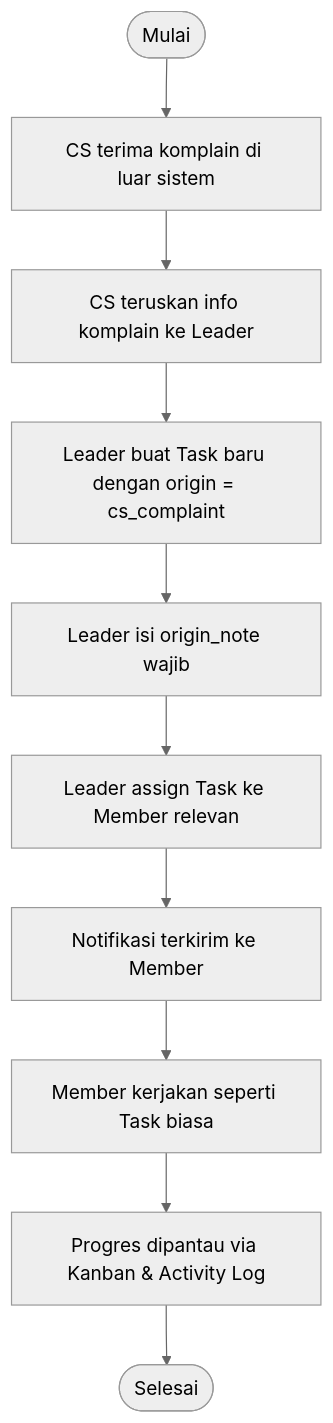
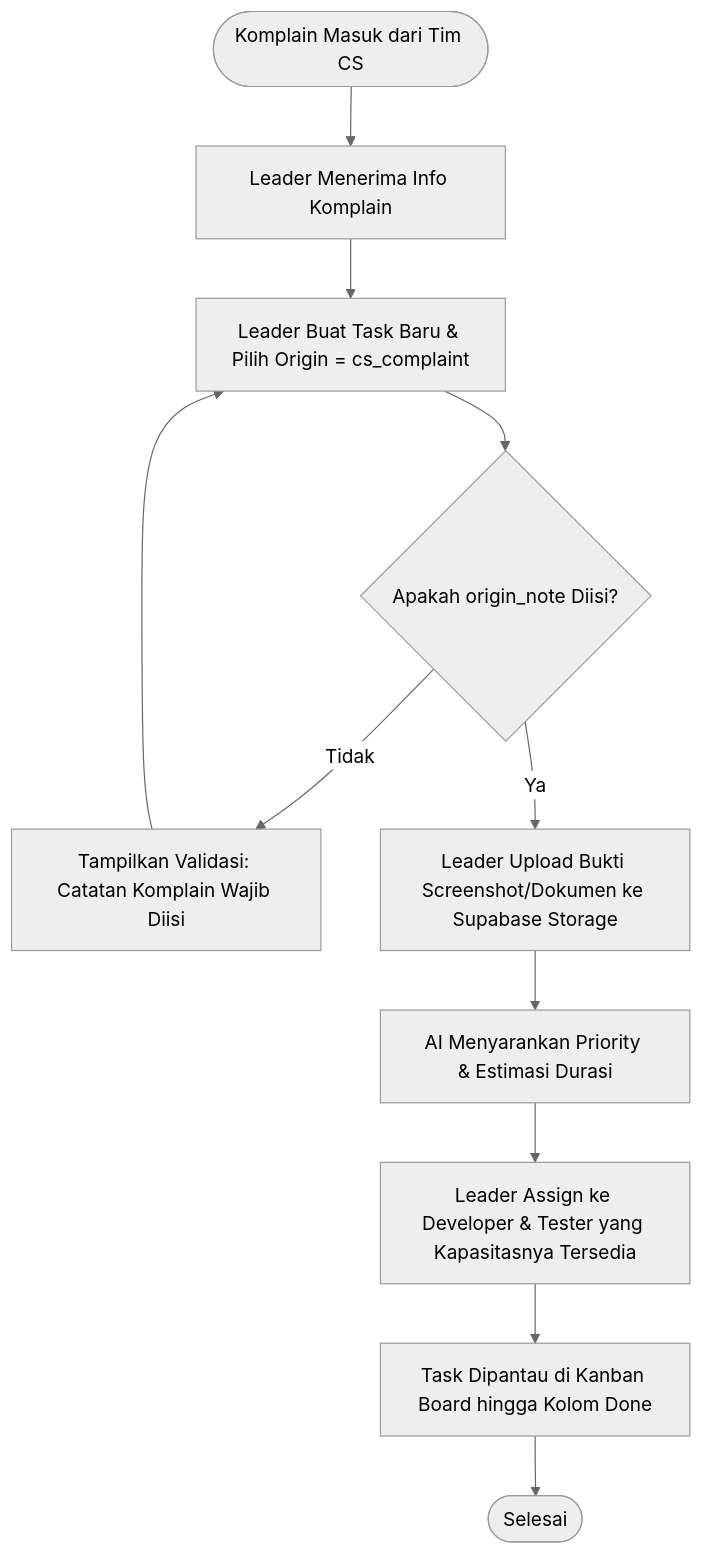
Before and after one commit to liv-lauflove/workhub: the third of 7 diagrams in docs/diagram.md, drawn with Mermaid (neutral theme). The commit also changed other lines of this file and 9 other files, not shown here.

Commit message:
docs(architecture): update technical documentation, database schema, and system diagrams

````diff
--- a/docs/diagram.md
+++ b/docs/diagram.md
@@ -237,12 +307,13 @@
 ```mermaid
 flowchart TD
-    A([Mulai]) --> B[CS terima komplain di luar sistem]
-    B --> C[CS teruskan info komplain ke Leader]
-    C --> D[Leader buat Task baru dengan origin = cs_complaint]
-    D --> E[Leader isi origin_note wajib]
-    E --> F[Leader assign Task ke Member relevan]
-    F --> G[Notifikasi terkirim ke Member]
-    G --> H[Member kerjakan seperti Task biasa]
-    H --> I[Progres dipantau via Kanban & Activity Log]
-    I --> J([Selesai])
+    Start([Komplain Masuk dari Tim CS]) --> LeaderReceive[Leader Menerima Info Komplain]
+    LeaderReceive --> OpenForm[Leader Buat Task Baru & Pilih Origin = cs_complaint]
+    OpenForm --> ValidateNote{Apakah origin_note Diisi?}
+    ValidateNote -- Tidak --> ErrorNote[Tampilkan Validasi: Catatan Komplain Wajib Diisi]
+    ErrorNote --> OpenForm
+    ValidateNote -- Ya --> UploadProof[Leader Upload Bukti Screenshot/Dokumen ke Supabase Storage]
+    UploadProof --> AISuggest[AI Menyarankan Priority & Estimasi Durasi]
+    AISuggest --> AssignDev[Leader Assign ke Developer & Tester yang Kapasitasnya Tersedia]
+    AssignDev --> TrackKanban[Task Dipantau di Kanban Board hingga Kolom Done]
+    TrackKanban --> End([Selesai])
 ```
````
